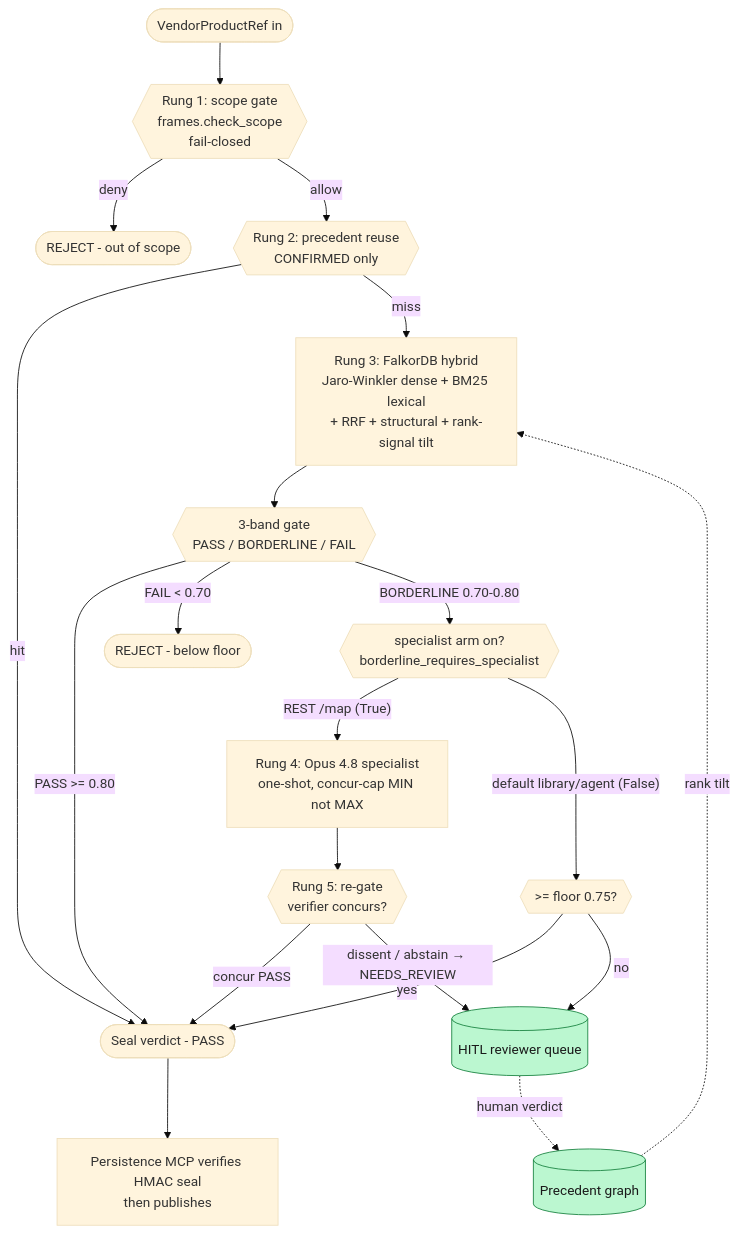
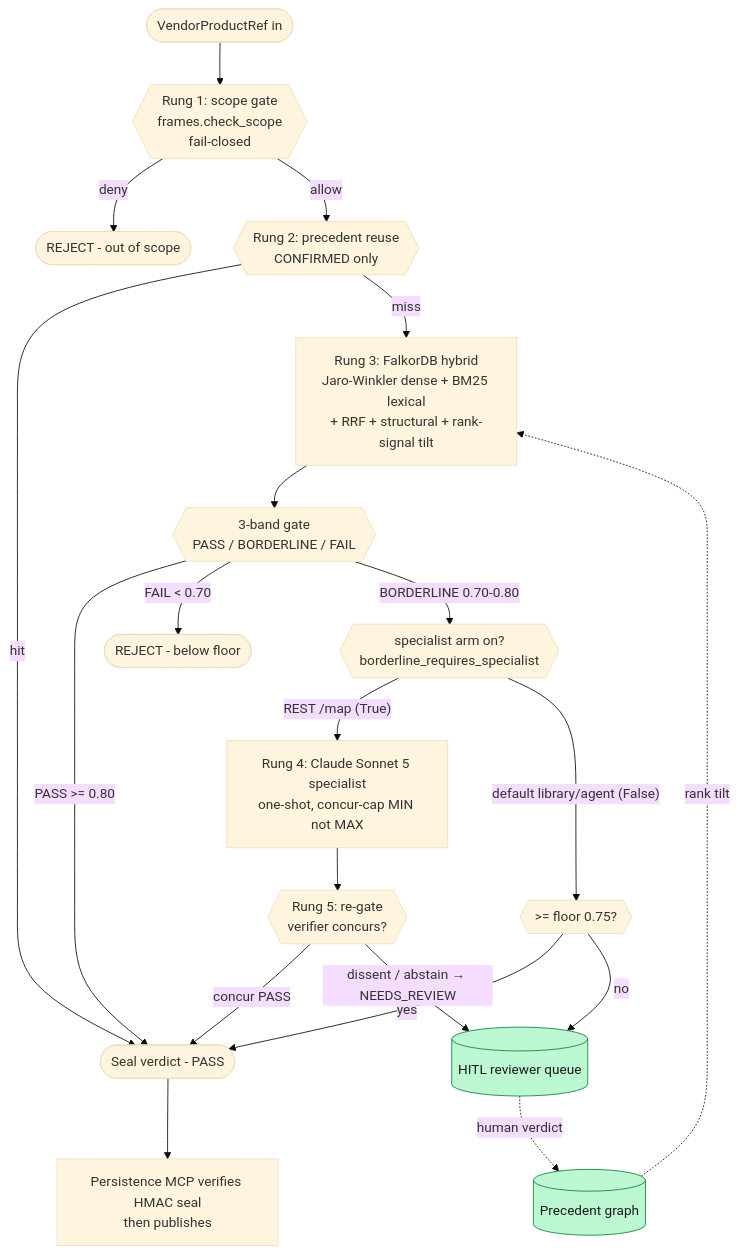
The second of 5 diagrams in README.md (2096955/MatchMaker), drawn with Mermaid (base theme) before and after one commit. The commit also changed other lines of this file and 44 other files, not shown here.

First line of the commit message:
docs(scudo): move default Bedrock model to Claude Sonnet 5, resync OKF bundle

````diff
--- a/README.md
+++ b/README.md
@@ -209,25 +209,25 @@
 ```mermaid
 flowchart TD
     start([VendorProductRef in]) --> r1{{Rung 1: scope gate<br/>frames.check_scope<br/>fail-closed}}
     r1 -->|deny| fail_scope([REJECT - out of scope])
     r1 -->|allow| r2{{Rung 2: precedent reuse<br/>CONFIRMED only}}
     r2 -->|hit| seal([Seal verdict - PASS])
     r2 -->|miss| r3[Rung 3: FalkorDB hybrid<br/>Jaro-Winkler dense + BM25 lexical<br/>+ RRF + structural + rank-signal tilt]
     r3 --> band{{3-band gate<br/>PASS / BORDERLINE / FAIL}}
     band -->|PASS >= 0.80| seal
     band -->|FAIL < 0.70| fail_low([REJECT - below floor])
     band -->|BORDERLINE 0.70-0.80| arm{{specialist arm on?<br/>borderline_requires_specialist}}
-    arm -->|"REST /map (True)"| r4[Rung 4: Opus 4.8 specialist<br/>one-shot, concur-cap MIN not MAX]
+    arm -->|"REST /map (True)"| r4[Rung 4: Claude Sonnet 5 specialist<br/>one-shot, concur-cap MIN not MAX]
     arm -->|"default library/agent (False)"| floorgate{{>= floor 0.75?}}
     floorgate -->|yes| seal
     floorgate -->|no| queue
     r4 --> r5{{Rung 5: re-gate<br/>verifier concurs?}}
     r5 -->|concur PASS| seal
     r5 -->|dissent / abstain → NEEDS_REVIEW| queue[(HITL reviewer queue)]
     seal --> persist[Persistence MCP verifies HMAC seal<br/>then publishes]
     queue -.human verdict.-> precedent[(Precedent graph)]
     precedent -.rank tilt.-> r3
 
     classDef hitl fill:#bbf7d0,stroke:#15803d,color:#1a1a1a
     class queue,precedent hitl
 ```
````
